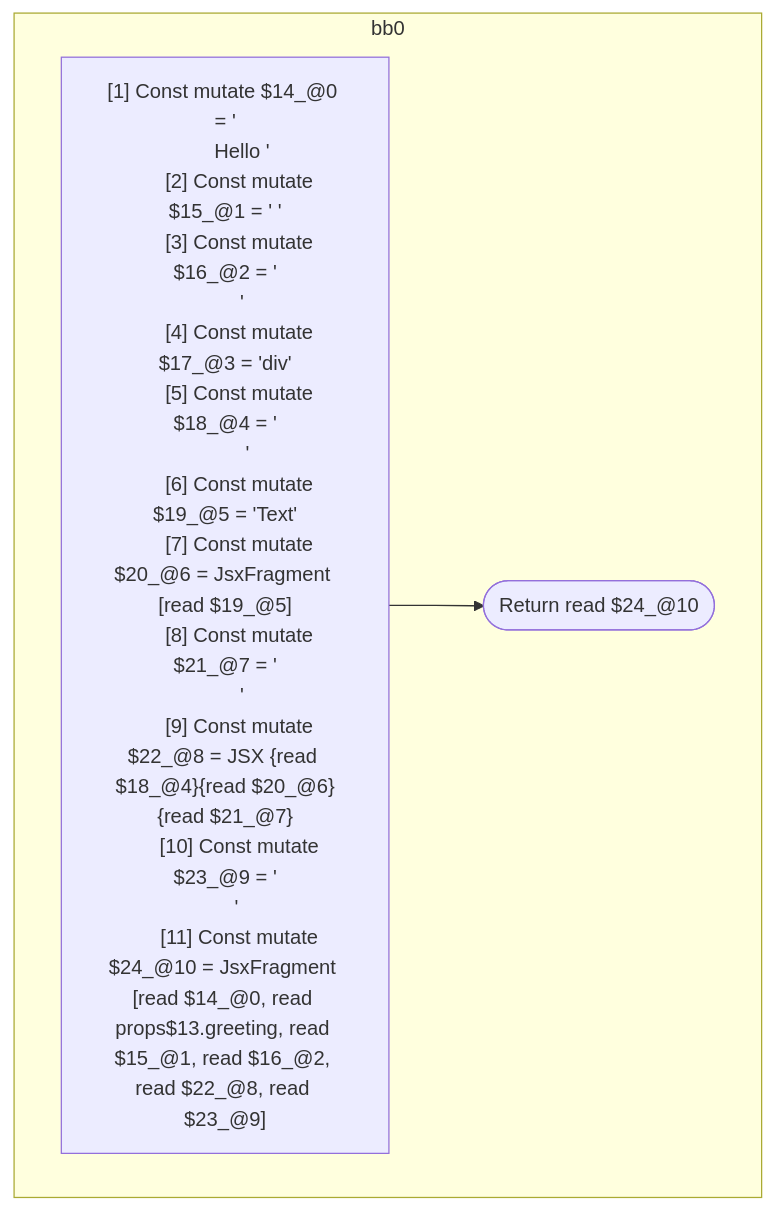
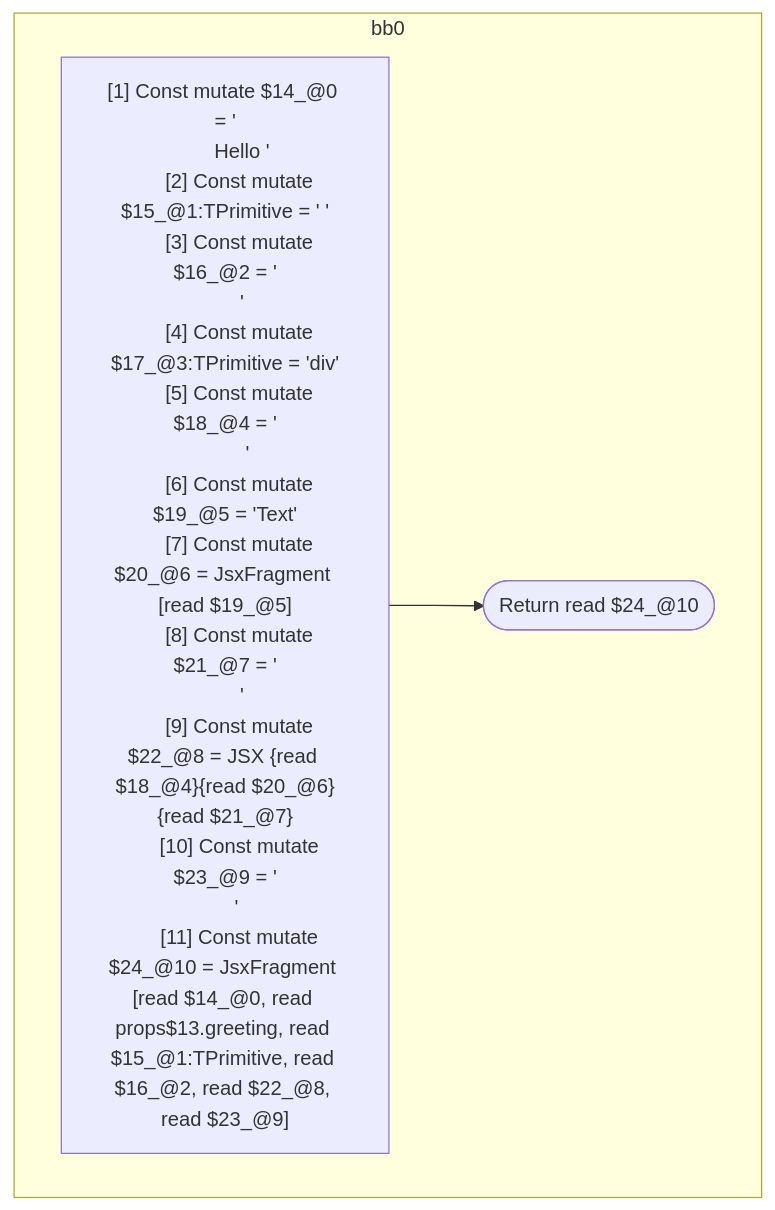
One commit to wutsmog/private changed the diagram in compiler/forget/src/__tests__/fixtures/hir/jsx-fragment.expect.md. Above: the diagram before and after it, drawn with Mermaid. The commit also changed other lines of this file and 112 other files, not shown here.

````diff
--- a/compiler/forget/src/__tests__/fixtures/hir/jsx-fragment.expect.md
+++ b/compiler/forget/src/__tests__/fixtures/hir/jsx-fragment.expect.md
@@ -80,23 +80,23 @@
 ```mermaid
 flowchart TB
   %% Basic Blocks
   subgraph bb0
     bb0_instrs["
       [1] Const mutate $14_@0 = '\n      Hello '
-      [2] Const mutate $15_@1 = ' '
+      [2] Const mutate $15_@1:TPrimitive = ' '
       [3] Const mutate $16_@2 = '\n      '
-      [4] Const mutate $17_@3 = 'div'
+      [4] Const mutate $17_@3:TPrimitive = 'div'
       [5] Const mutate $18_@4 = '\n        '
       [6] Const mutate $19_@5 = 'Text'
       [7] Const mutate $20_@6 = JsxFragment [read $19_@5]
       [8] Const mutate $21_@7 = '\n      '
-      [9] Const mutate $22_@8 = JSX <read $17_@3>{read $18_@4}{read $20_@6}{read $21_@7}</read $17_@3>
+      [9] Const mutate $22_@8 = JSX <read $17_@3:TPrimitive>{read $18_@4}{read $20_@6}{read $21_@7}</read $17_@3:TPrimitive>
       [10] Const mutate $23_@9 = '\n    '
-      [11] Const mutate $24_@10 = JsxFragment [read $14_@0, read props$13.greeting, read $15_@1, read $16_@2, read $22_@8, read $23_@9]
+      [11] Const mutate $24_@10 = JsxFragment [read $14_@0, read props$13.greeting, read $15_@1:TPrimitive, read $16_@2, read $22_@8, read $23_@9]
     "]
     bb0_instrs --> bb0_terminal(["Return read $24_@10"])
   end
 
   %% Jumps
   %% empty
 ```
````
